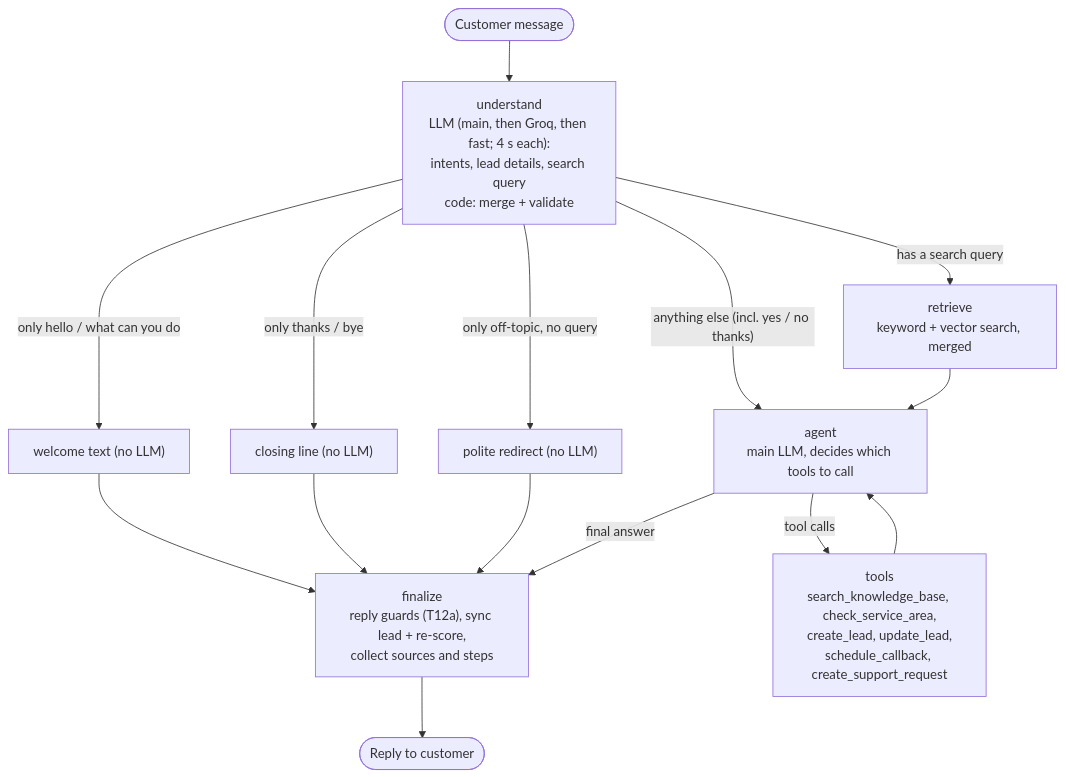
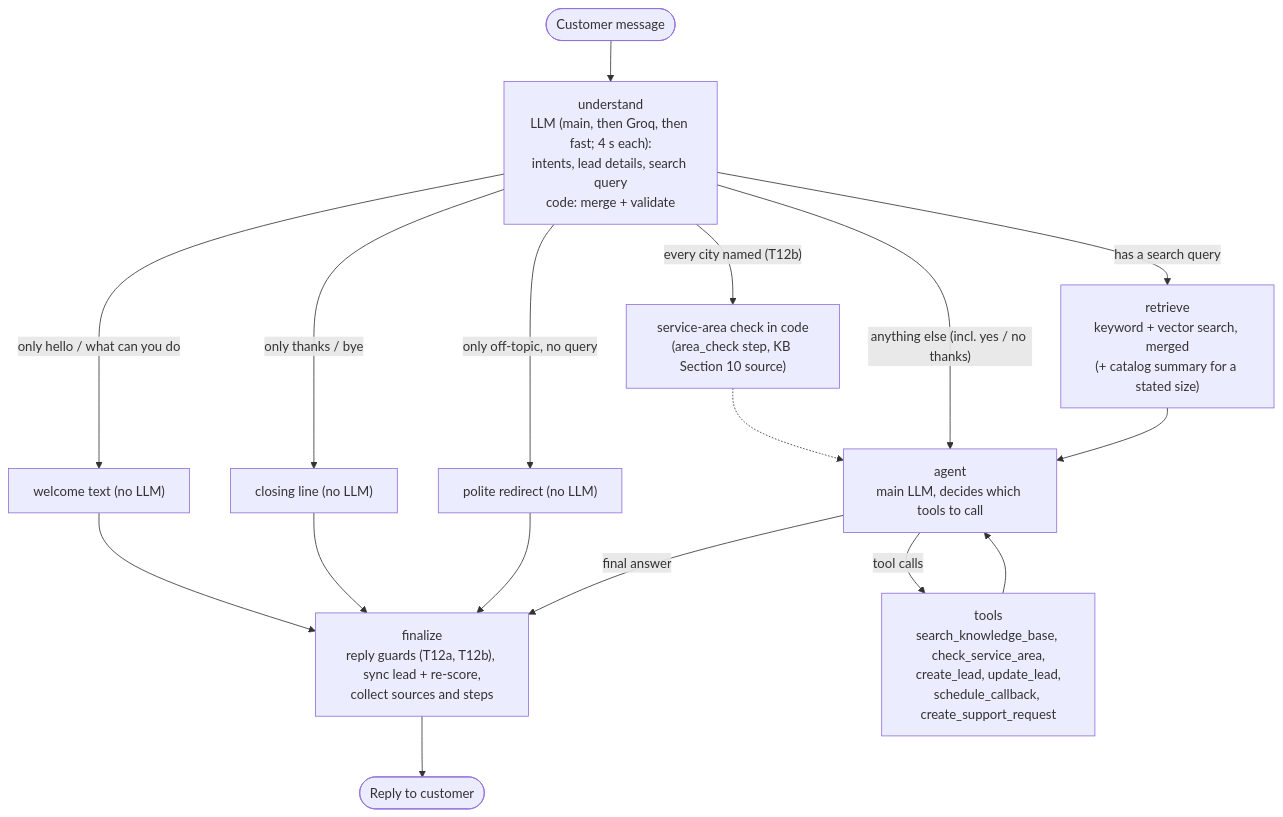
One commit to AdithyaChauhan/vantis-sales-agent changed the second of 2 diagrams in docs/PLAN.md. Above: the diagram before and after it, drawn with Mermaid. The commit also changed other lines of this file and 50 other files, not shown here.

````diff
--- a/docs/PLAN.md
+++ b/docs/PLAN.md
@@ -91,17 +91,19 @@
 ```mermaid
 flowchart TD
   msg(["Customer message"]) --> understand["understand<br/>LLM (main, then Groq, then fast; 4 s each):<br/>intents, lead details, search query<br/>code: merge + validate"]
   understand -->|"only hello / what can you do"| welcome["welcome text (no LLM)"]
   understand -->|"only thanks / bye"| closing["closing line (no LLM)"]
   understand -->|"only off-topic, no query"| redirect["polite redirect (no LLM)"]
   welcome --> finalize
   closing --> finalize
   redirect --> finalize
-  understand -->|"has a search query"| retrieve["retrieve<br/>keyword + vector search, merged"]
+  understand -->|"every city named (T12b)"| areas["service-area check in code<br/>(area_check step, KB Section 10 source)"]
+  areas -.-> agent
+  understand -->|"has a search query"| retrieve["retrieve<br/>keyword + vector search, merged<br/>(+ catalog summary for a stated size)"]
   understand -->|"anything else (incl. yes / no thanks)"| agent
   retrieve --> agent["agent<br/>main LLM, decides which tools to call"]
   agent -->|"tool calls"| tools["tools<br/>search_knowledge_base, check_service_area,<br/>create_lead, update_lead,<br/>schedule_callback, create_support_request"]
   tools --> agent
-  agent -->|"final answer"| finalize["finalize<br/>reply guards (T12a), sync lead + re-score,<br/>collect sources and steps"]
+  agent -->|"final answer"| finalize["finalize<br/>reply guards (T12a, T12b), sync lead + re-score,<br/>collect sources and steps"]
   finalize --> reply(["Reply to customer"])
 ```
````
